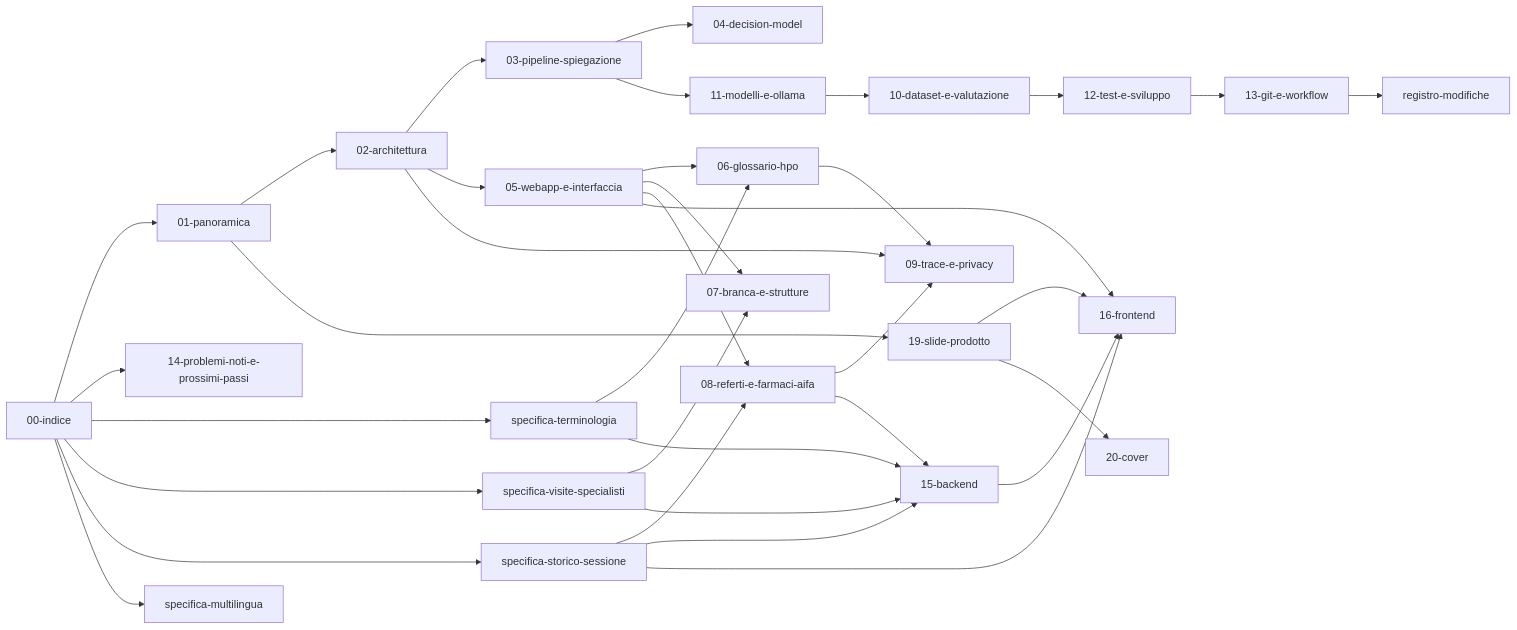
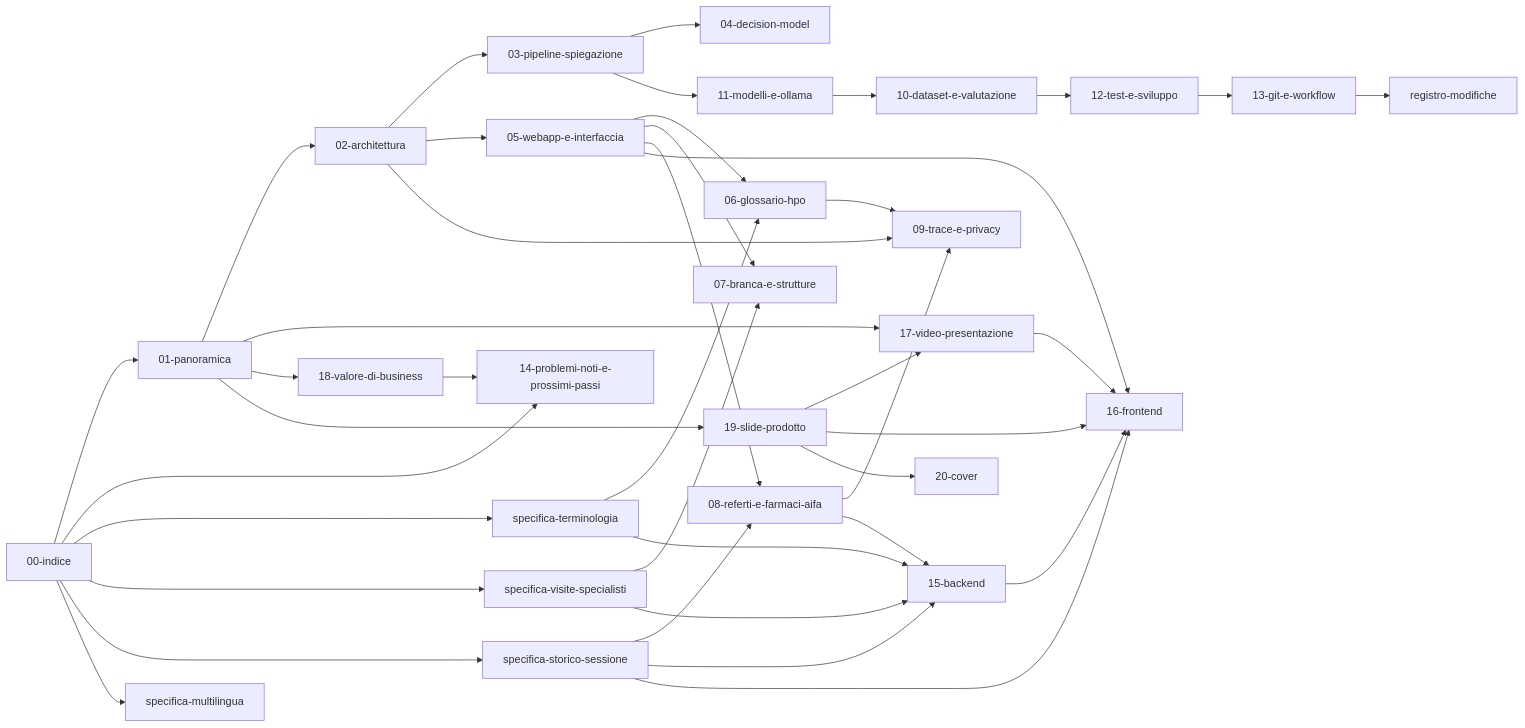
Before and after one commit to Andreaioele/Referto: the diagram in docs/00-indice.md, drawn with Mermaid. The commit also changed other lines of this file and 85 other files, not shown here.

First line of the commit message:
Video di presentazione in resources/video/ e pacchetto di consegna in docs/def/

````diff
--- a/docs/00-indice.md
+++ b/docs/00-indice.md
@@ -56,37 +59,42 @@
 ```mermaid
 graph LR
   indice[00-indice] --> panoramica[01-panoramica]
   panoramica --> architettura[02-architettura]
   architettura --> pipeline[03-pipeline-spiegazione]
   pipeline --> decision[04-decision-model]
   architettura --> webapp[05-webapp-e-interfaccia]
   webapp --> glossario[06-glossario-hpo]
   webapp --> strutture[07-branca-e-strutture]
   webapp --> farmaci[08-referti-e-farmaci-aifa]
   farmaci --> trace[09-trace-e-privacy]
   farmaci --> backend[15-backend]
   backend --> frontend[16-frontend]
   webapp --> frontend
   glossario --> trace
   architettura --> trace
   pipeline --> modelli[11-modelli-e-ollama]
   modelli --> dataset[10-dataset-e-valutazione]
   dataset --> test[12-test-e-sviluppo]
   test --> git[13-git-e-workflow]
   git --> registro[registro-modifiche]
   indice --> problemi[14-problemi-noti-e-prossimi-passi]
   indice --> specTerminologia[specifica-terminologia]
   indice --> specVisite[specifica-visite-specialisti]
   indice --> specStorico[specifica-storico-sessione]
   indice --> specLingua[specifica-multilingua]
   specTerminologia --> glossario
   specTerminologia --> backend
   specVisite --> strutture
   specVisite --> backend
   specStorico --> farmaci
   specStorico --> backend
   specStorico --> frontend
+  panoramica --> video[17-video-presentazione]
+  video --> frontend
+  panoramica --> business[18-valore-di-business]
+  business --> problemi
   panoramica --> slide[19-slide-prodotto]
+  slide --> video
   slide --> frontend
   slide --> cover[20-cover]
 ```
````
